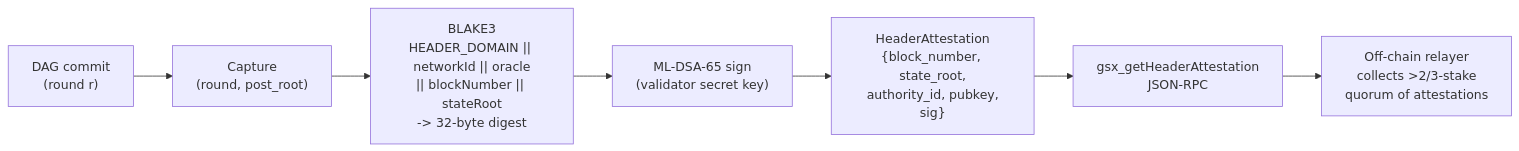
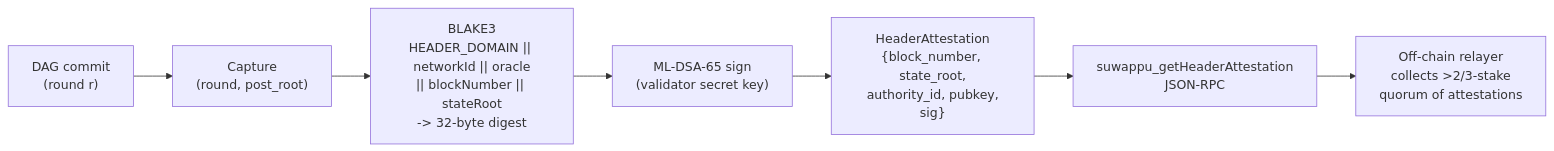
Before and after one commit to Suwappu-Labs/suwappu-dag: the second of 2 diagrams in README.md, drawn with Mermaid. The commit also changed other lines of this file and 503 other files, not shown here.

First line of the commit message:
chore: rebrand gsx-dag -> suwappu-dag (crates, code, docs, scripts)

````diff
--- a/README.md
+++ b/README.md
@@ -282,9 +282,9 @@
 ```mermaid
 flowchart LR
     Commit["DAG commit\n(round r)"] --> Capture["Capture\n(round, post_root)"]
     Capture --> Digest["BLAKE3\nHEADER_DOMAIN || networkId || oracle\n|| blockNumber || stateRoot\n-> 32-byte digest"]
     Digest --> Sign["ML-DSA-65 sign\n(validator secret key)"]
     Sign --> Attest["HeaderAttestation\n{block_number, state_root,\n authority_id, pubkey, sig}"]
-    Attest --> RPC["gsx_getHeaderAttestation\nJSON-RPC"]
+    Attest --> RPC["suwappu_getHeaderAttestation\nJSON-RPC"]
     RPC --> Relayer["Off-chain relayer\ncollects >2/3-stake\nquorum of attestations"]
 ```
````
